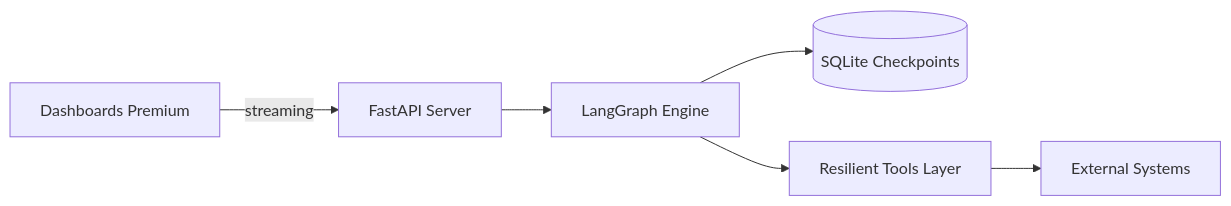
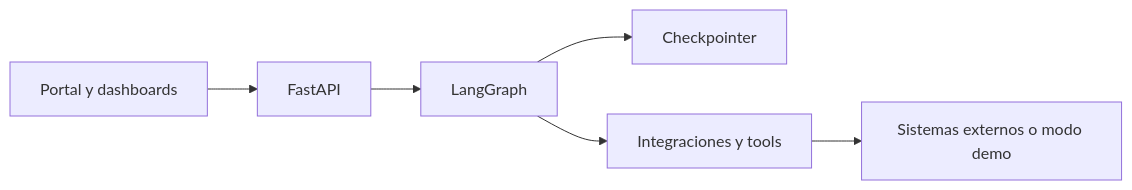
Before and after one commit to vladimiracunadev-create/langgraph-realworld: the diagram in README.md, drawn with Mermaid. The commit also changed other lines of this file and 54 other files, not shown here.

````diff
--- a/README.md
+++ b/README.md
@@ -57,8 +55,8 @@
 ```mermaid
 flowchart LR
-  UI[Dashboards Premium] -->|streaming| API[FastAPI Server]
-  API --> LG[LangGraph Engine]
-  LG --> CK[(SQLite Checkpoints)]
-  LG --> TL[Resilient Tools Layer]
-  TL --> EXT[External Systems]
+  UI[Portal y dashboards] --> API[FastAPI]
+  API --> LG[LangGraph]
+  LG --> CK[Checkpointer]
+  LG --> TL[Integraciones y tools]
+  TL --> EXT[Sistemas externos o modo demo]
 ```
````
